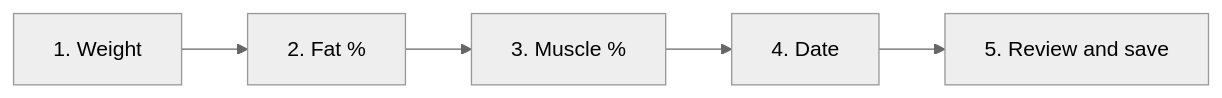
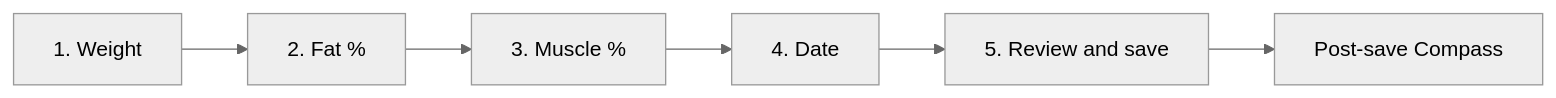
Before and after one commit to didac-crst/body-history: the third of 5 diagrams in docs/architecture.md, drawn with Mermaid (neutral theme). The commit also changed other lines of this file and 25 other files, not shown here.

````diff
--- a/docs/architecture.md
+++ b/docs/architecture.md
@@ -47,7 +50,8 @@
 ```mermaid
 flowchart LR
   w["1. Weight"] --> f["2. Fat %"]
   f --> m["3. Muscle %"]
   m --> d["4. Date"]
   d --> r["5. Review and save"]
+  r --> c["Post-save Compass"]
 ```
````
